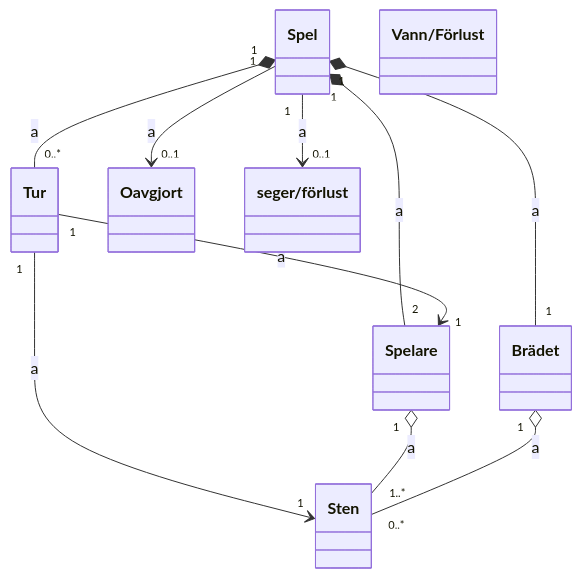
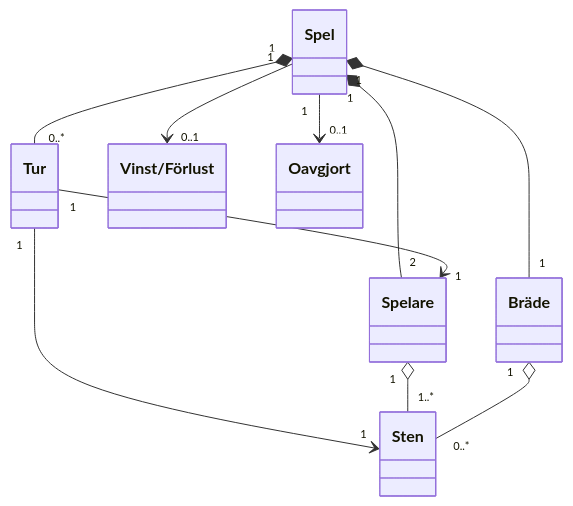
Before and after one commit to Jsambok11/gomoku-git: the diagram in aaa.md, drawn with Mermaid.

Commit message:
test of diagrams, v4, fixing logics

````diff
--- a/aaa.md
+++ b/aaa.md
@@ -1,39 +1,39 @@
 ```mermaid
 classDiagram
     direction TB
 
     class Spel {
     }
 
     class Spelare {
     }
 
     class Tur {
     }
 
-    class Brädet {
+    class Bräde {
     }
 
     class Sten {
     }
 
-    class `Vann/Förlust` {
+    class `Vinst/Förlust` {
     }
 
     class Oavgjort {
     }
 
     %% Relationer
-    Spel "1" *-- "2" Spelare : a
-    Spel "1" *-- "1" Brädet : a
-    Spel "1" *-- "0..*" Tur : a
-    
-    Tur "1" --> "1" Spelare : a
-    Tur "1" --> "1" Sten : a
+    Spel "1" *-- "2" Spelare
+    Spel "1" *-- "1" Bräde
+    Spel "1" *-- "0..*" Tur
 
-    Spelare "1" o-- "1..*" Sten : a
-    Brädet "1" o-- "0..*" Sten : a
+    Tur "1" --> "1" Spelare
+    Tur "1" --> "1" Sten
 
-    Spel "1" --> "0..1" `seger/förlust` : a
-    Spel "1" --> "0..1" Oavgjort : a
+    Spelare "1" o-- "1..*" Sten
+    Bräde "1" o-- "0..*" Sten
+
+    Spel "1" --> "0..1" `Vinst/Förlust`
+    Spel "1" --> "0..1" Oavgjort
 ```
````
